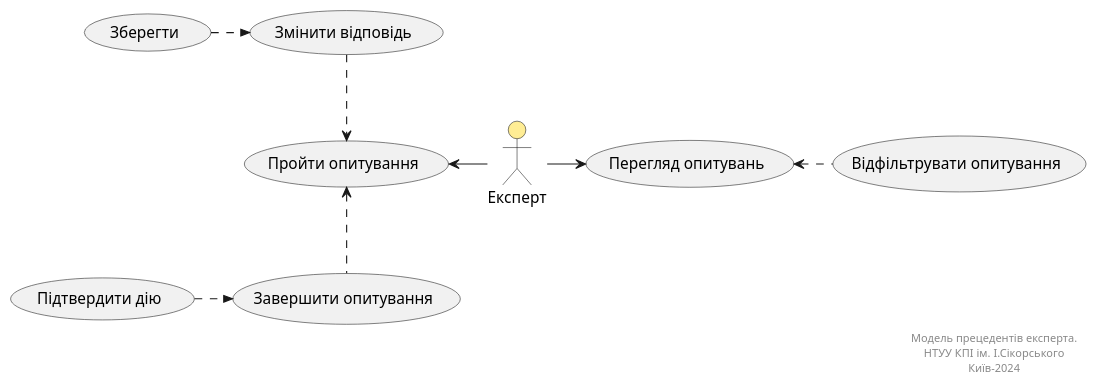
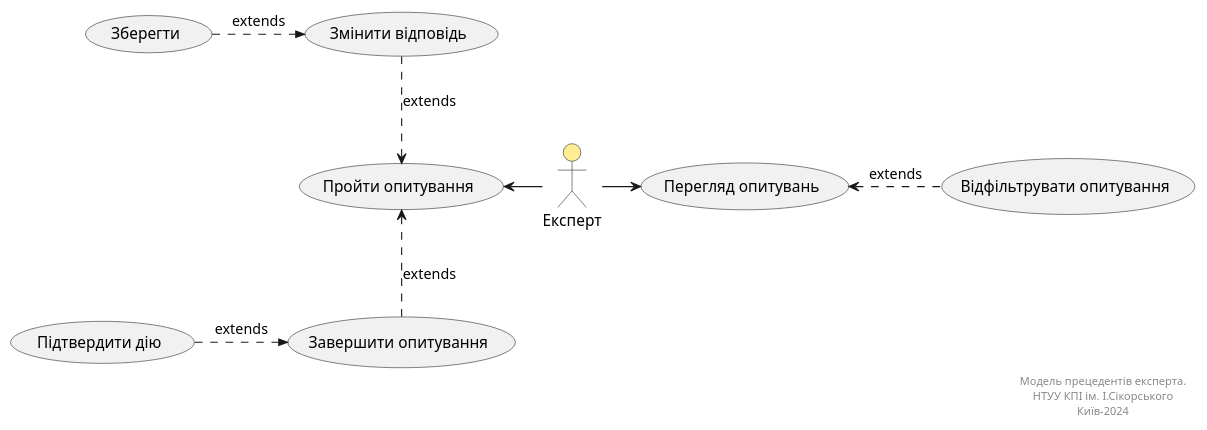
The third of 3 diagrams in docs/use_cases.md (generalmaks/db_labs), drawn with PlantUML before and after one commit. The commit also changed other lines of this file, not shown here.

Commit message:
Added some fixes in use case diagrams

````diff
--- a/docs/use_cases.md
+++ b/docs/use_cases.md
@@ -112,34 +112,34 @@
 ```plantuml
 @startuml
 actor "Експерт" as Expert #ffed94
 
     usecase "Пройти опитування" as UC_1.1
     usecase "Перегляд опитувань" as UC_1.2
     
     usecase "Завершити опитування" as UC_1.1.1
     usecase "Змінити відповідь" as UC_1.1.2
     
     usecase "Відфільтрувати опитування" as UC_1.2.1
     
     usecase "Підтвердити дію" as UC_1.1.1.1
     usecase "Зберегти" as UC_1.1.2.1
     
     Expert -left-> UC_1.1
     Expert -right-> UC_1.2
     
-    UC_1.1.1 .up.> UC_1.1
-    UC_1.1.2 ..> UC_1.1
+    UC_1.1.1 .up.> UC_1.1 :extends
+    UC_1.1.2 ..> UC_1.1 :extends
     
-    UC_1.2.1 .left.> UC_1.2
+    UC_1.2.1 .left.> UC_1.2 :extends
     
-    UC_1.1.1.1 .>> UC_1.1.1
-    UC_1.1.2.1 .>> UC_1.1.2
+    UC_1.1.1.1 .>> UC_1.1.1 :extends
+    UC_1.1.2.1 .>> UC_1.1.2 :extends
         
     right footer
         Модель прецедентів експерта.
         НТУУ КПІ ім. І.Сікорського
         Київ-2024
     end footer
 
 @enduml
 ```
````
